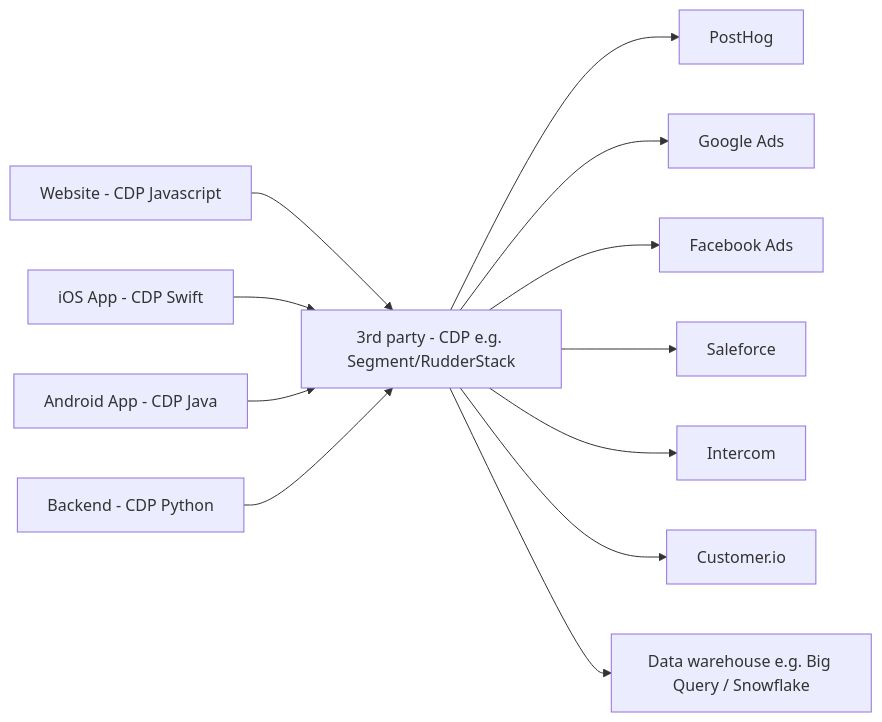
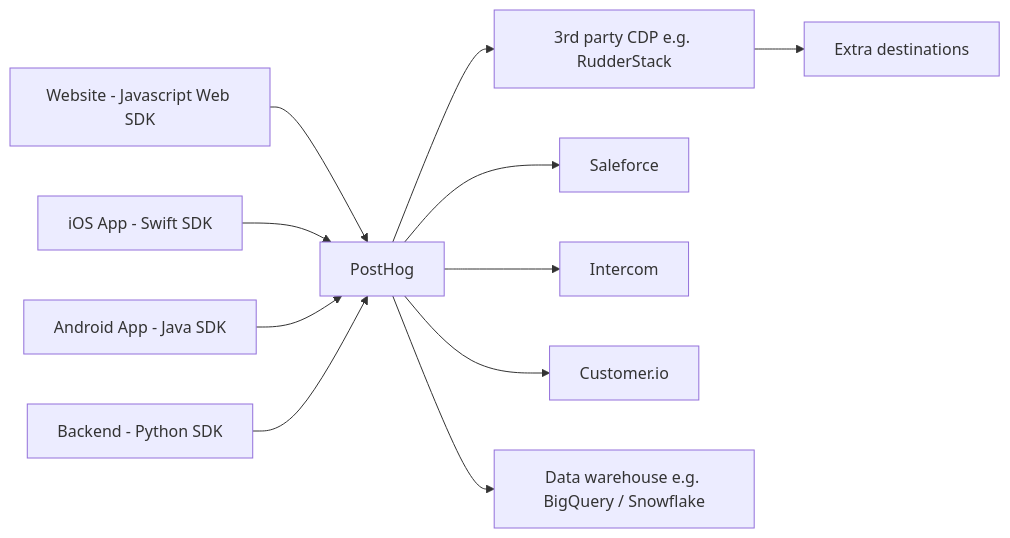
One commit to PostHog/posthog.com changed the third of 5 diagrams in contents/docs/advanced/cdp.md. Above: the diagram before and after it, drawn with Mermaid. The commit also changed other lines of this file, not shown here.

Commit message:
update cdp docs

````diff
--- a/contents/docs/advanced/cdp.md
+++ b/contents/docs/advanced/cdp.md
@@ -68,14 +74,13 @@
 ```mermaid
 graph LR
-A[Website - CDP Javascript] --> G
-C[iOS App - CDP Swift] --> G
-D[Android App - CDP Java] --> G
-E[Backend - CDP Python] --> G
-G[3rd party - CDP e.g. Segment/RudderStack] --> B[PostHog]
-G --> N[Google Ads]
-G --> O[Facebook Ads]
-G --> H[Saleforce]
-G --> I[Intercom]
-G --> K[Customer.io]
-G --> F[Data warehouse e.g. Big Query / Snowflake]
+A[Website - Javascript Web SDK] --> B[PostHog]
+C[iOS App - Swift SDK] --> B[PostHog]
+D[Android App - Java SDK] --> B[PostHog]
+E[Backend - Python SDK] --> B[PostHog]
+B --> G
+G[3rd party CDP e.g. RudderStack] --> N[Extra destinations]
+B --> H[Saleforce]
+B --> I[Intercom]
+B --> K[Customer.io]
+B --> F[Data warehouse e.g. BigQuery / Snowflake]
 ```
````
